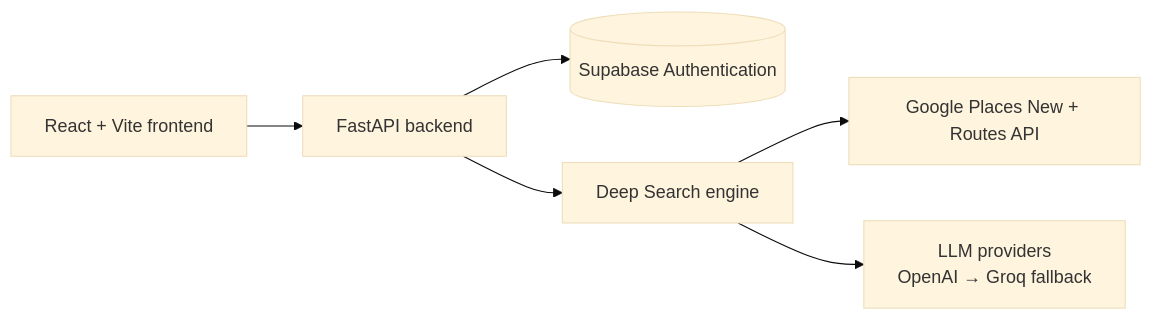
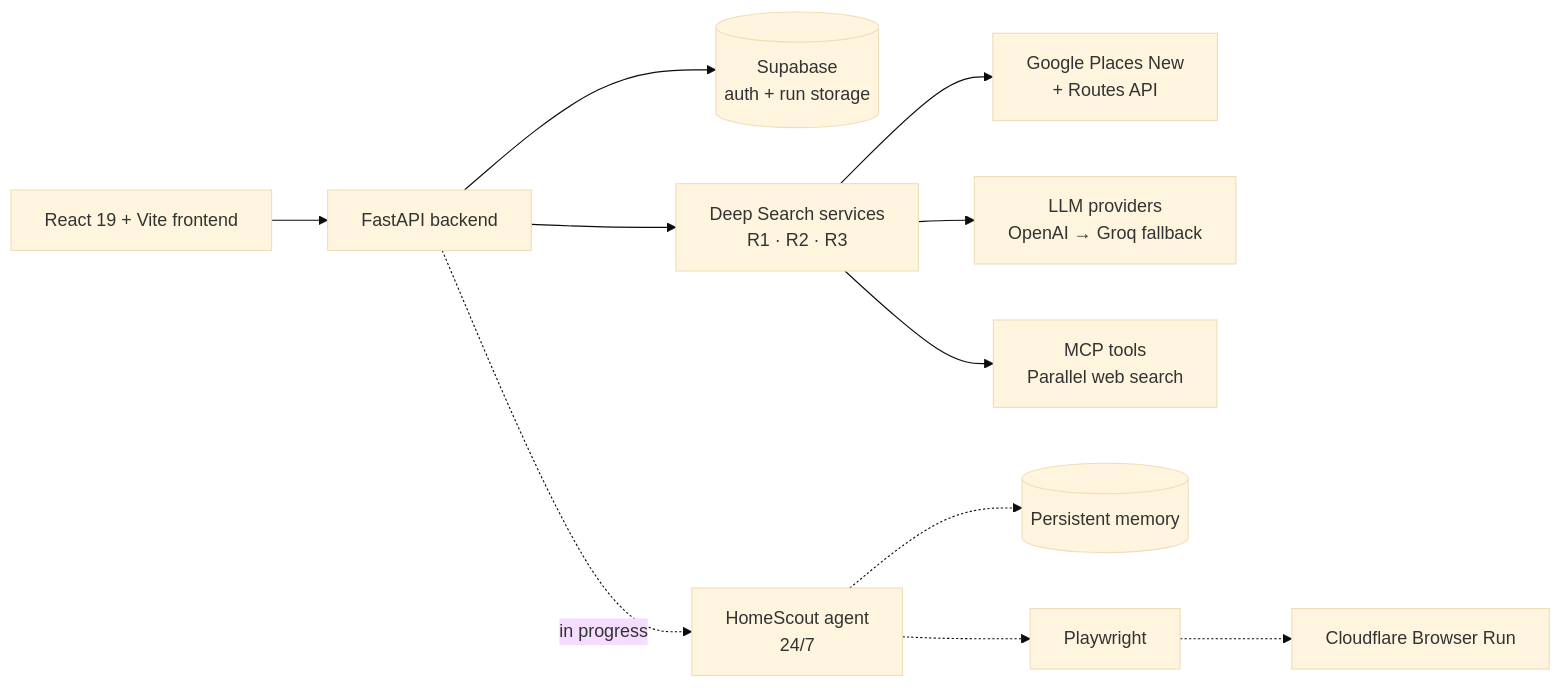
One commit to Mamoon018/HomeScout_AI changed the third of 3 diagrams in README.md. Above: the diagram before and after it, drawn with Mermaid (base theme). The commit also changed other lines of this file, not shown here.

First line of the commit message:
Rewrites the README for completed Deep Search and the 24/7 search agent

````diff
--- a/README.md
+++ b/README.md
@@ -77,8 +149,12 @@
 ```mermaid
 flowchart LR
-    UI[React + Vite frontend] --> API[FastAPI backend]
-    API --> DB[(Supabase Authentication)]
-    API --> DS[Deep Search engine]
-    DS --> GP[Google Places New + Routes API]
+    UI[React 19 + Vite frontend] --> API[FastAPI backend]
+    API --> AUTH[(Supabase<br/>auth + run storage)]
+    API --> DS[Deep Search services<br/>R1 · R2 · R3]
+    DS --> GP[Google Places New<br/>+ Routes API]
     DS --> LLM[LLM providers<br/>OpenAI → Groq fallback]
+    DS --> MCP[MCP tools<br/>Parallel web search]
+    API -. in progress .-> AG[HomeScout agent<br/>24/7]
+    AG -.-> MEM[(Persistent memory)]
+    AG -.-> PW[Playwright] -.-> CF[Cloudflare Browser Run]
 ```
````
